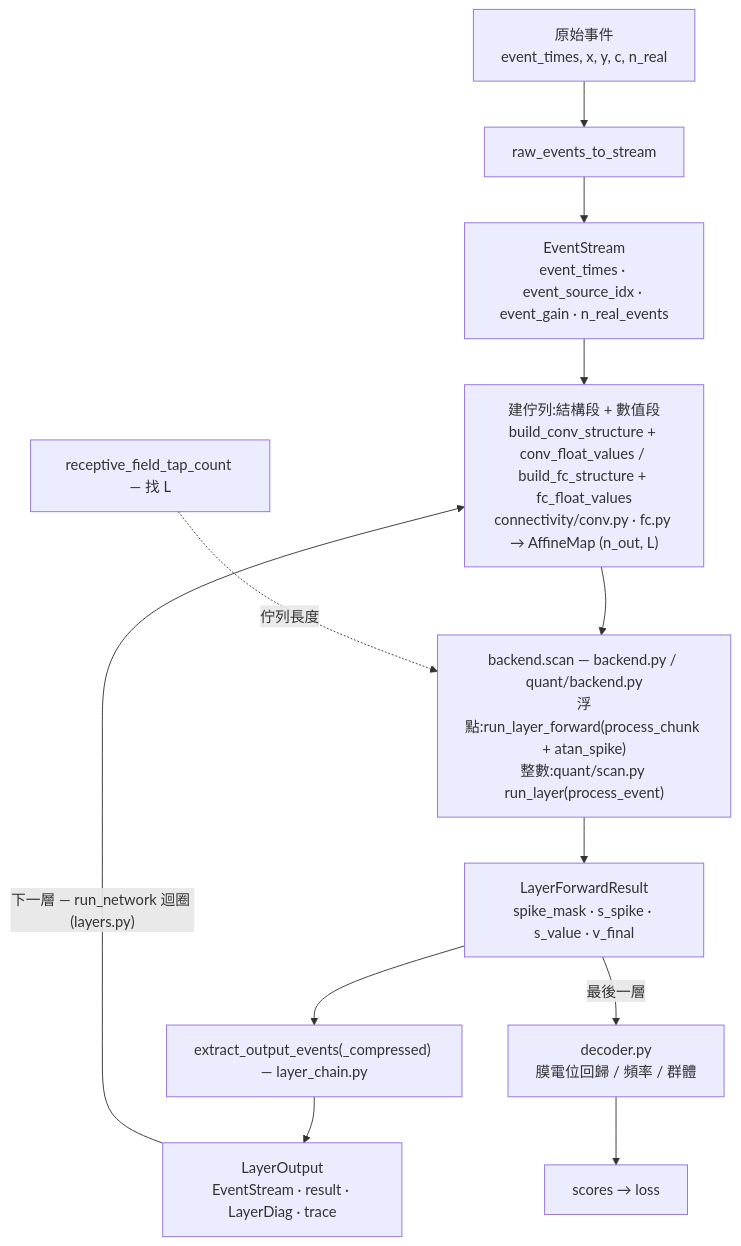
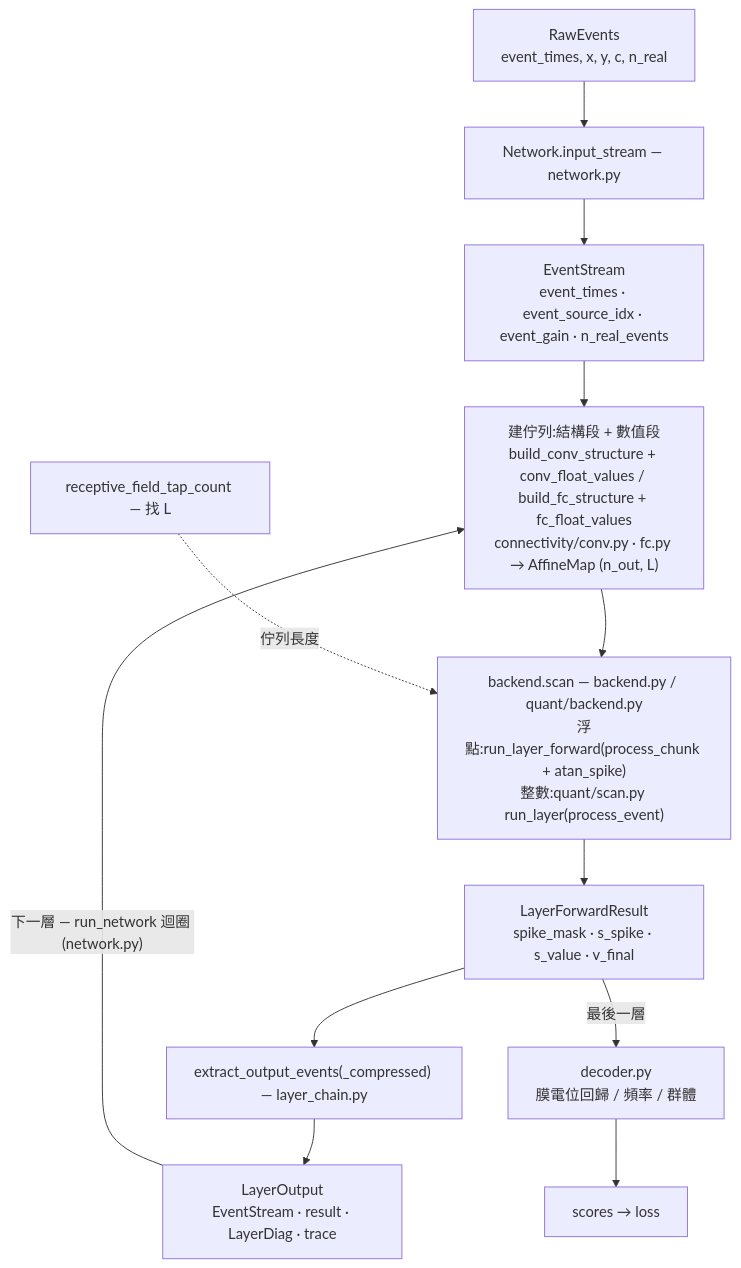
The first of 2 diagrams in docs/架構.md (Salt-Shio/Spiking-Affine-Lazy-Training), drawn with Mermaid before and after one commit. The commit also changed other lines of this file and 35 other files, not shown here.

````diff
--- a/docs/架構.md
+++ b/docs/架構.md
@@ -14,14 +14,14 @@
 ```mermaid
 flowchart TD
-    RAW["原始事件<br/>event_times, x, y, c, n_real"] --> R2S["raw_events_to_stream"]
+    RAW["RawEvents<br/>event_times, x, y, c, n_real"] --> R2S["Network.input_stream — network.py"]
     R2S --> ES["EventStream<br/>event_times · event_source_idx · event_gain · n_real_events"]
     ES --> BQ["建佇列:結構段 + 數值段<br/>build_conv_structure + conv_float_values / build_fc_structure + fc_float_values<br/>connectivity/conv.py · fc.py → AffineMap (n_out, L)"]
     BQ --> RLF["backend.scan — backend.py / quant/backend.py<br/>浮點:run_layer_forward(process_chunk + atan_spike)<br/>整數:quant/scan.py run_layer(process_event)"]
     RLF --> LFR["LayerForwardResult<br/>spike_mask · s_spike · s_value · v_final"]
     LFR --> EXO["extract_output_events(_compressed) — layer_chain.py"]
     EXO --> ESN["LayerOutput<br/>EventStream · result · LayerDiag · trace"]
-    ESN -->|"下一層 — run_network 迴圈 (layers.py)"| BQ
+    ESN -->|"下一層 — run_network 迴圈 (network.py)"| BQ
     LFR -->|"最後一層"| DEC["decoder.py<br/>膜電位回歸 / 頻率 / 群體"]
     DEC --> SC["scores → loss"]
     RFT["receptive_field_tap_count — 找 L"] -. 佇列長度 .-> RLF
 ```
````
